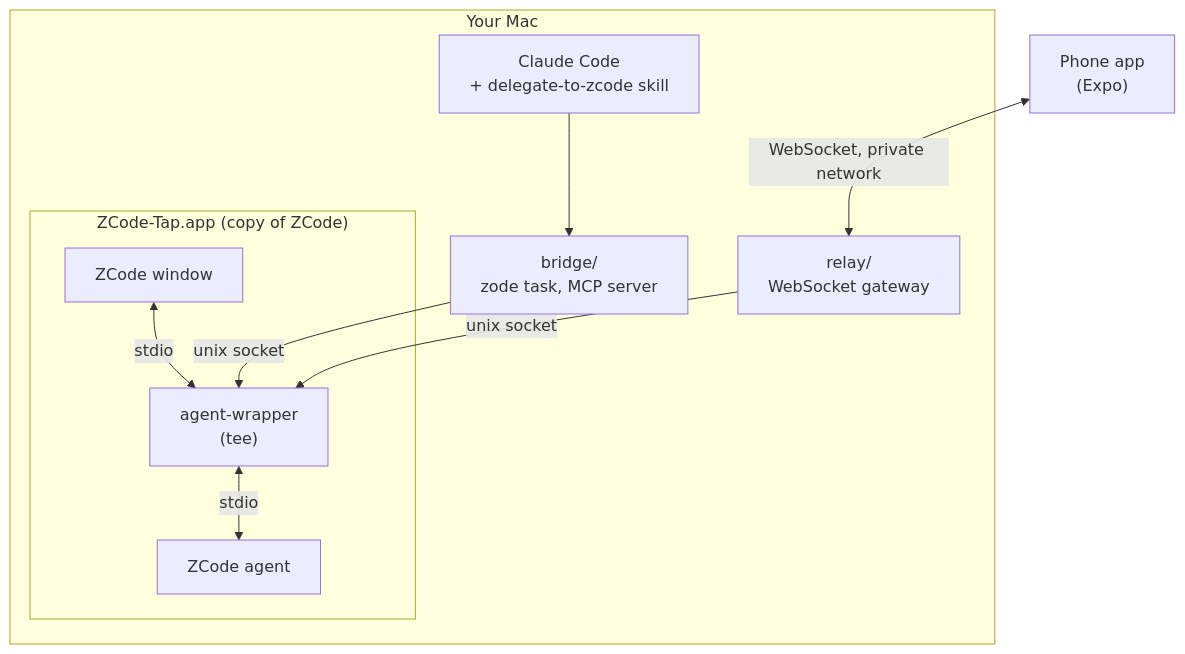
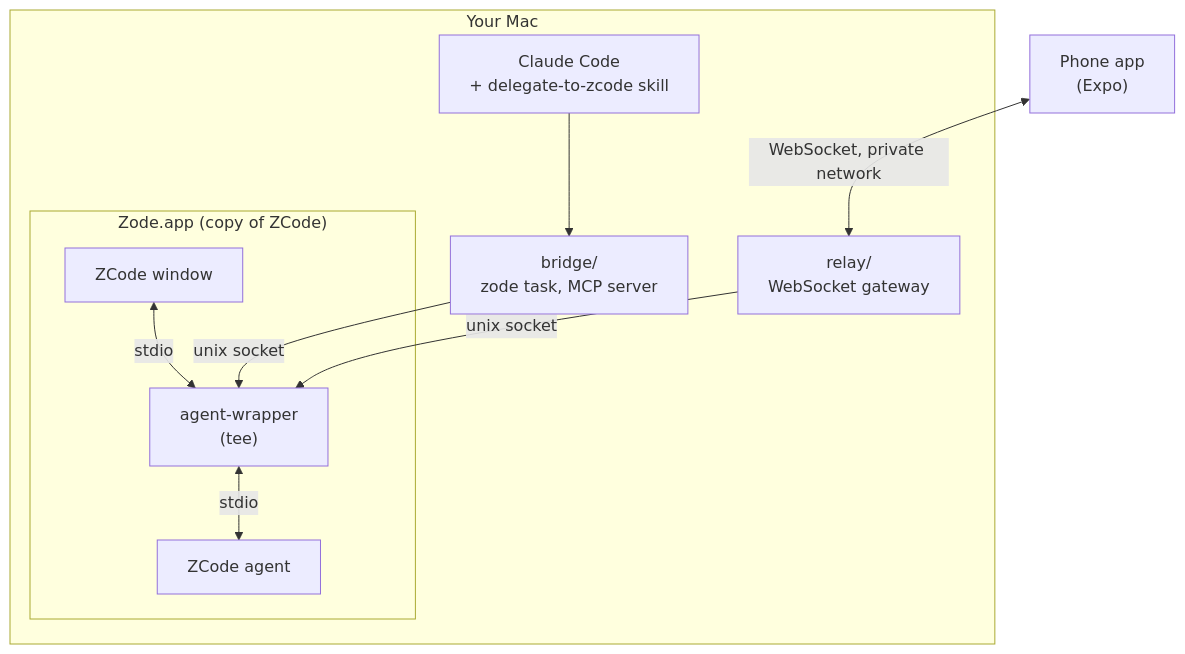
Before and after one commit to zrll2/zode: the diagram in docs/ARCHITECTURE.md, drawn with Mermaid. The commit also changed other lines of this file and 17 other files, not shown here.

Commit message:
Rename the Mac helper app to Zode.app with the Zode logo

````diff
--- a/docs/ARCHITECTURE.md
+++ b/docs/ARCHITECTURE.md
@@ -5,17 +5,17 @@
 ```mermaid
 flowchart TB
   subgraph Mac["Your Mac"]
     CC["Claude Code<br/>+ delegate-to-zcode skill"]
     BR["bridge/<br/>zode task, MCP server"]
-    subgraph TAP["ZCode-Tap.app (copy of ZCode)"]
+    subgraph TAP["Zode.app (copy of ZCode)"]
       GUI["ZCode window"]
       W["agent-wrapper<br/>(tee)"]
       AG["ZCode agent"]
       GUI <-->|stdio| W <-->|stdio| AG
     end
     RL["relay/<br/>WebSocket gateway"]
     CC --> BR -->|unix socket| W
     RL -->|unix socket| W
   end
   PH["Phone app<br/>(Expo)"] <-->|WebSocket, private network| RL
 ```
````
